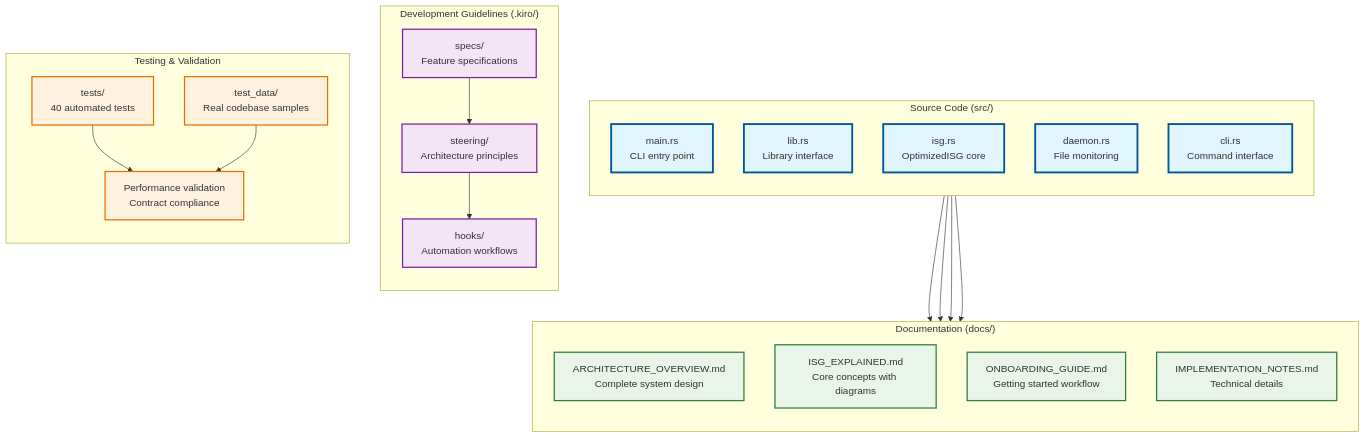
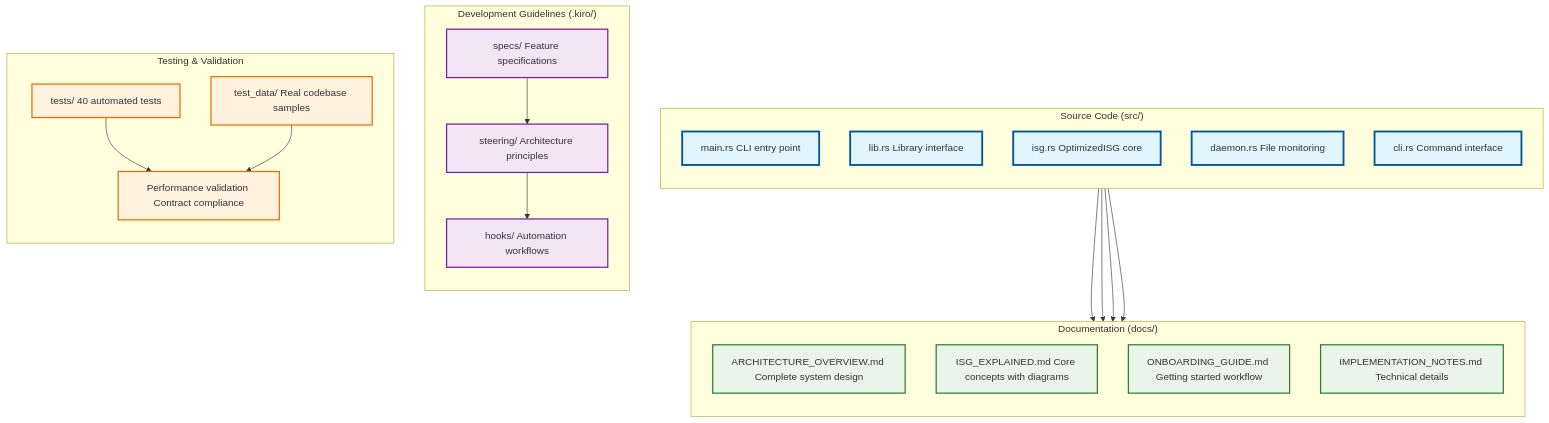
The eighth of 13 diagrams in README.md (that-in-rust/parseltongue), drawn with Mermaid before and after one commit. The commit also changed other lines of this file, not shown here.

````diff
--- a/README.md
+++ b/README.md
@@ -402,60 +379,50 @@
 ```mermaid
 graph TD
-    %% Source code organization
+
     subgraph "Source Code (src/)"
         direction TB
-        A[main.rs<br/>CLI entry point]
-        B[lib.rs<br/>Library interface]
-        C[isg.rs<br/>OptimizedISG core]
-        D[daemon.rs<br/>File monitoring]
-        E[cli.rs<br/>Command interface]
+        A[main.rs CLI entry point]
+        B[lib.rs Library interface]
+        C[isg.rs OptimizedISG core]
+        D[daemon.rs File monitoring]
+        E[cli.rs Command interface]
     end
-    
-    %% Documentation structure
     subgraph "Documentation (docs/)"
         direction TB
-        F[ARCHITECTURE_OVERVIEW.md<br/>Complete system design]
-        G[ISG_EXPLAINED.md<br/>Core concepts with diagrams]
-        H[ONBOARDING_GUIDE.md<br/>Getting started workflow]
-        I[IMPLEMENTATION_NOTES.md<br/>Technical details]
+        F[ARCHITECTURE_OVERVIEW.md Complete system design]
+        G[ISG_EXPLAINED.md Core concepts with diagrams]
+        H[ONBOARDING_GUIDE.md Getting started workflow]
+        I[IMPLEMENTATION_NOTES.md Technical details]
     end
-    
-    %% Development guidelines
     subgraph "Development Guidelines (.kiro/)"
         direction TB
-        J[specs/<br/>Feature specifications]
-        K[steering/<br/>Architecture principles]
-        L[hooks/<br/>Automation workflows]
+        J[specs/ Feature specifications]
+        K[steering/ Architecture principles]
+        L[hooks/ Automation workflows]
     end
-    
-    %% Test and validation
     subgraph "Testing & Validation"
         direction TB
-        M[tests/<br/>40 automated tests]
-        N[test_data/<br/>Real codebase samples]
-        O[Performance validation<br/>Contract compliance]
+        M[tests/ 40 automated tests]
+        N[test_data/ Real codebase samples]
+        O[Performance validation Contract compliance]
     end
-    
-    %% Connect relationships
     A --> F
     C --> G
     B --> H
     E --> I
     
     J --> K
     K --> L
     
     M --> O
     N --> O
-    
-    %% Styling
     classDef source fill:#e1f5fe,stroke:#01579b,stroke-width:3px
     classDef docs fill:#e8f5e8,stroke:#2e7d32,stroke-width:2px
     classDef dev fill:#f3e5f5,stroke:#7b1fa2,stroke-width:2px
     classDef test fill:#fff3e0,stroke:#ef6c00,stroke-width:2px
     
     class A,B,C,D,E source
     class F,G,H,I docs
     class J,K,L dev
     class M,N,O test
 ```
````
